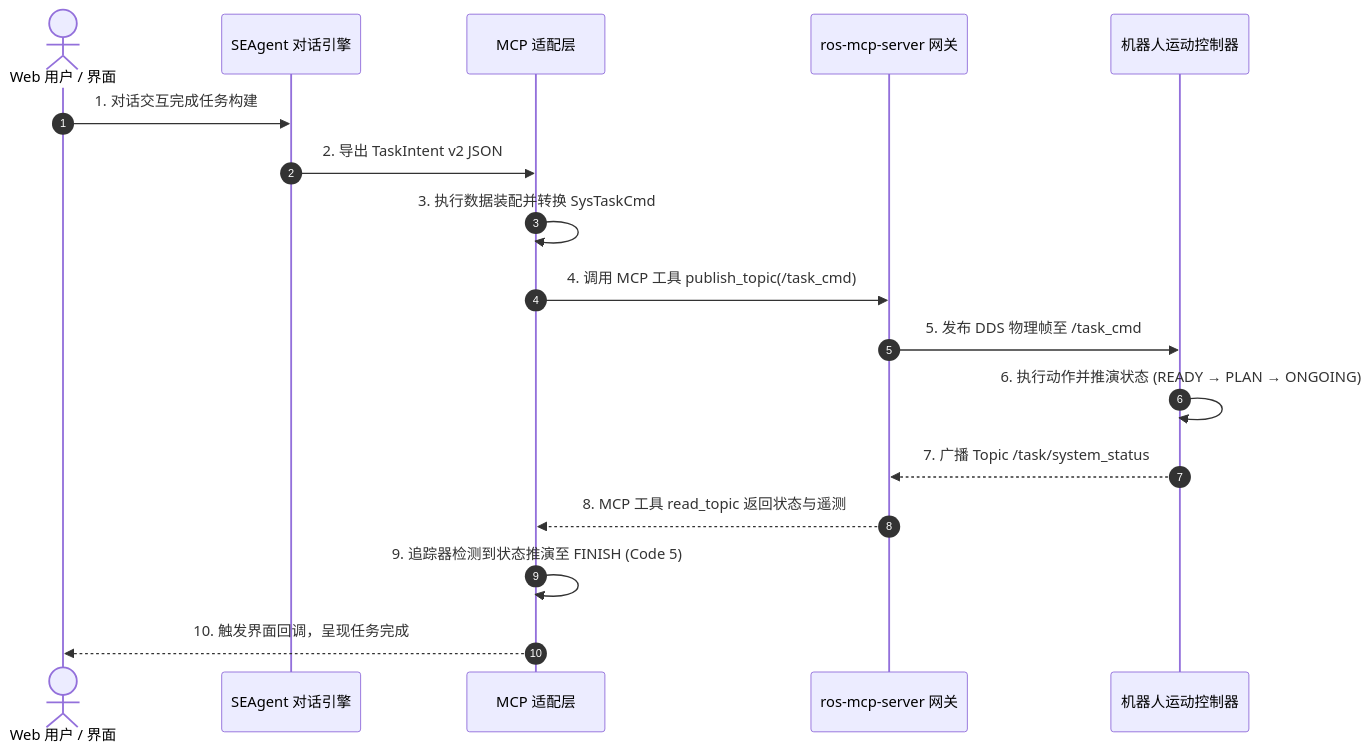
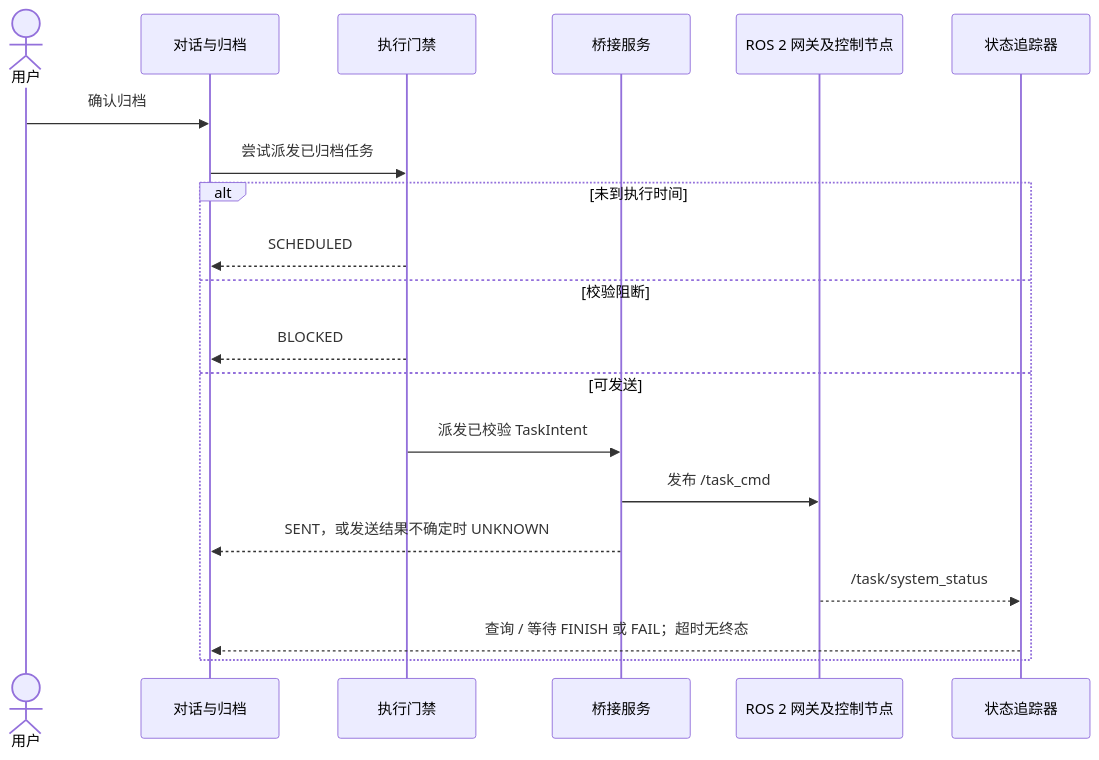
One commit to Pitohuie-AIversion/seagent1.0-main_asr changed the second of 2 diagrams in mcp/ros-mcp/docs/adapter_presentation_slides_outline.md. Above: the diagram before and after it, drawn with Mermaid. The commit also changed other lines of this file and 57 other files, not shown here.

Commit message:
docs: add architectural decision records, agent rules, and update project documentation and skills

````diff
--- a/mcp/ros-mcp/docs/adapter_presentation_slides_outline.md
+++ b/mcp/ros-mcp/docs/adapter_presentation_slides_outline.md
@@ -122,20 +59,22 @@
 ```mermaid
 sequenceDiagram
-    autonumber
-    actor User as Web 用户 / 界面
-    participant Dialogue as SEAgent 对话引擎
-    participant Adapter as MCP 适配层
-    participant Gateway as ros-mcp-server 网关
-    participant Controller as 机器人运动控制器
-
-    User->>Dialogue: 1. 对话交互完成任务构建
-    Dialogue->>Adapter: 2. 导出 TaskIntent v2 JSON
-    Adapter->>Adapter: 3. 执行数据装配并转换 SysTaskCmd
-    Adapter->>Gateway: 4. 调用 MCP 工具 publish_topic(/task_cmd)
-    Gateway->>Controller: 5. 发布 DDS 物理帧至 /task_cmd
-    Controller->>Controller: 6. 执行动作并推演状态 (READY → PLAN → ONGOING)
-    Controller-->>Gateway: 7. 广播 Topic /task/system_status
-    Gateway-->>Adapter: 8. MCP 工具 read_topic 返回状态与遥测
-    Adapter->>Adapter: 9. 追踪器检测到状态推演至 FINISH (Code 5)
-    Adapter-->>User: 10. 触发界面回调，呈现任务完成
+    actor User as 用户
+    participant Dialogue as 对话与归档
+    participant Gate as 执行门禁
+    participant Bridge as 桥接服务
+    participant ROS as ROS 2 网关及控制节点
+    participant Tracker as 状态追踪器
+    User->>Dialogue: 确认归档
+    Dialogue->>Gate: 尝试派发已归档任务
+    alt 未到执行时间
+        Gate-->>Dialogue: SCHEDULED
+    else 校验阻断
+        Gate-->>Dialogue: BLOCKED
+    else 可发送
+        Gate->>Bridge: 派发已校验 TaskIntent
+        Bridge->>ROS: 发布 /task_cmd
+        Bridge-->>Dialogue: SENT，或发送结果不确定时 UNKNOWN
+        ROS-->>Tracker: /task/system_status
+        Tracker-->>Dialogue: 查询 / 等待 FINISH 或 FAIL；超时无终态
+    end
 ```
````
